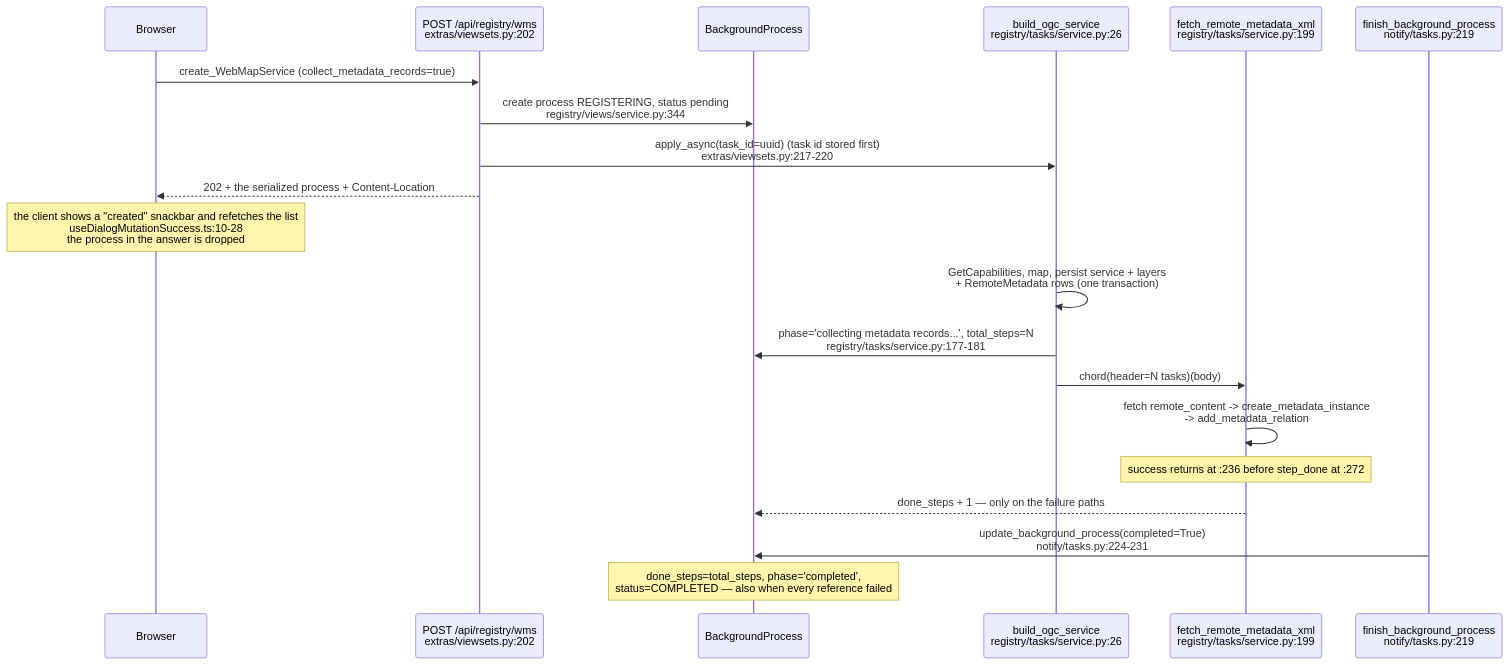
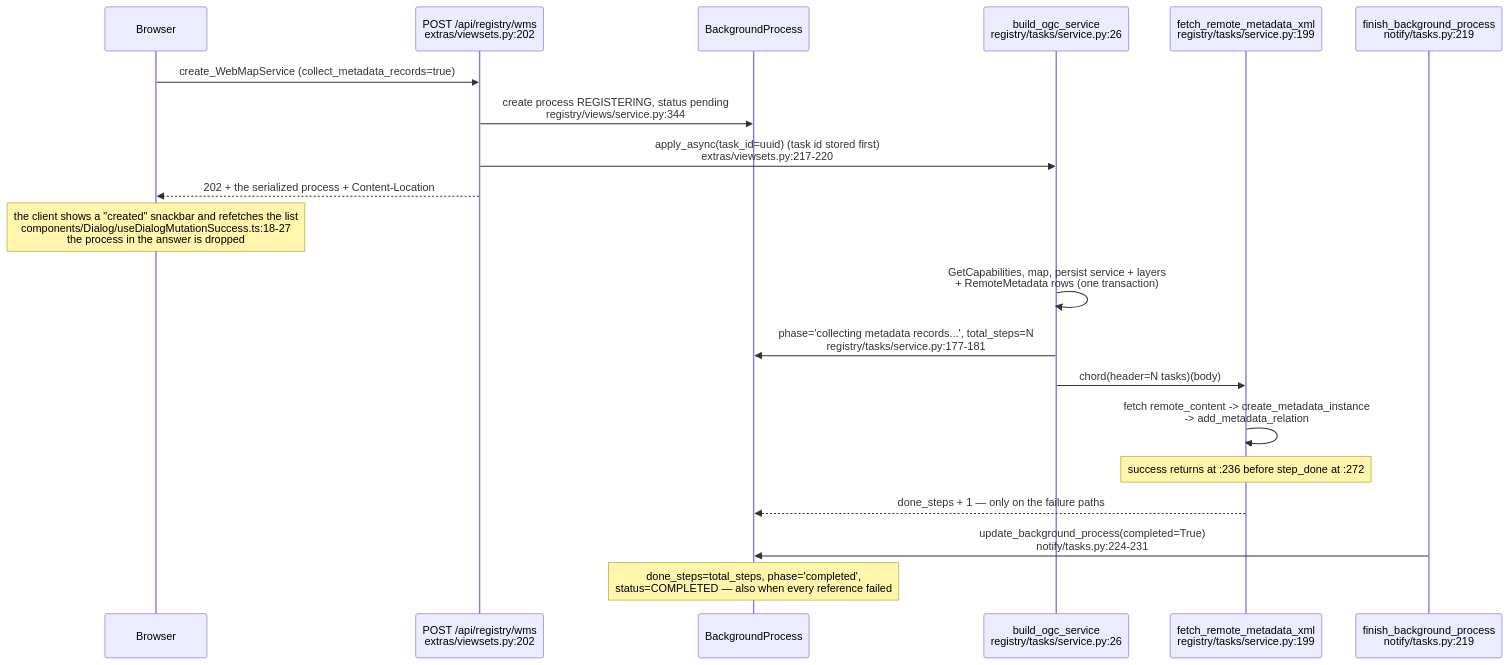
Before and after one commit to mrmap-community/mrmap: the diagram in docs/metadata-collection-design.md, drawn with Mermaid. The commit also changed other lines of this file, not shown here.

````diff
--- a/docs/metadata-collection-design.md
+++ b/docs/metadata-collection-design.md
@@ -25,23 +25,23 @@
 ```mermaid
 sequenceDiagram
     participant U as Browser
     participant API as POST /api/registry/wms<br/>extras/viewsets.py:202
     participant DB as BackgroundProcess
     participant B as build_ogc_service<br/>registry/tasks/service.py:26
     participant F as fetch_remote_metadata_xml<br/>registry/tasks/service.py:199
     participant FC as finish_background_process<br/>notify/tasks.py:219
 
     U->>API: create_WebMapService (collect_metadata_records=true)
     API->>DB: create process REGISTERING, status pending<br/>registry/views/service.py:344
     API->>B: apply_async(task_id=uuid) (task id stored first)<br/>extras/viewsets.py:217-220
     API-->>U: 202 + the serialized process + Content-Location
-    Note over U: the client shows a "created" snackbar and refetches the list<br/>useDialogMutationSuccess.ts:10-28<br/>the process in the answer is dropped
+    Note over U: the client shows a "created" snackbar and refetches the list<br/>components/Dialog/useDialogMutationSuccess.ts:18-27<br/>the process in the answer is dropped
     B->>B: GetCapabilities, map, persist service + layers<br/>+ RemoteMetadata rows (one transaction)
     B->>DB: phase='collecting metadata records...', total_steps=N<br/>registry/tasks/service.py:177-181
     B->>F: chord(header=N tasks)(body)
     F->>F: fetch remote_content -> create_metadata_instance<br/>-> add_metadata_relation
     Note over F: success returns at :236 before step_done at :272
     F-->>DB: done_steps + 1 — only on the failure paths
     FC->>DB: update_background_process(completed=True)<br/>notify/tasks.py:224-231
     Note over DB: done_steps=total_steps, phase='completed',<br/>status=COMPLETED — also when every reference failed
 ```
````
